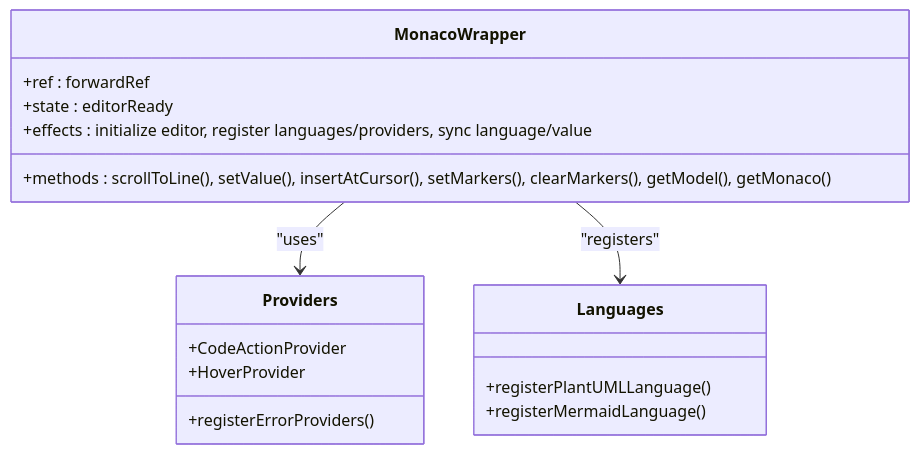
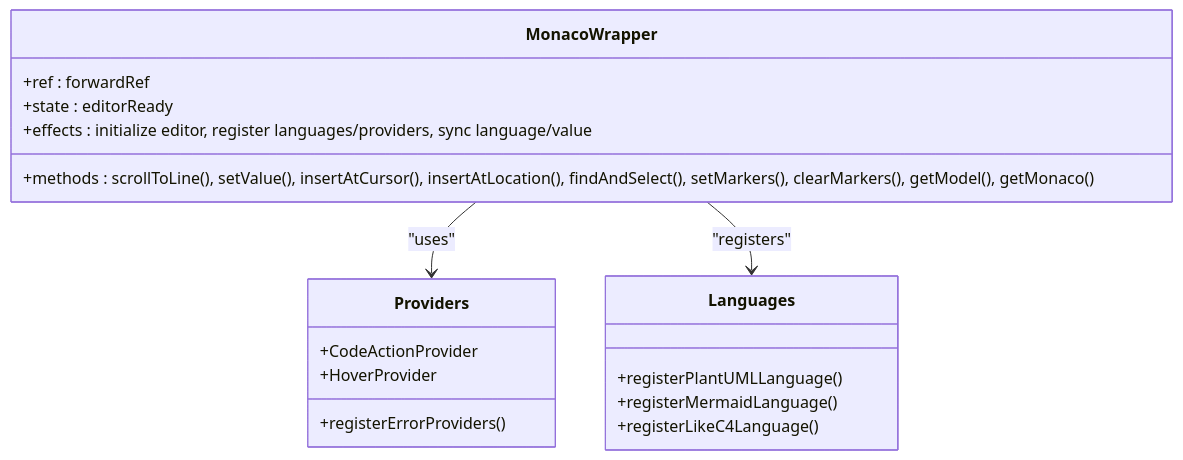
One commit to ongchonghian/universal-diagram-editor changed the fifth of 14 diagrams in .qoder/repowiki/en/content/Advanced Features/Technical Implementations.md. Above: the diagram before and after it, drawn with Mermaid. The commit also changed other lines of this file and 31 other files, not shown here.

````diff
--- a/.qoder/repowiki/en/content/Advanced Features/Technical Implementations.md
+++ b/.qoder/repowiki/en/content/Advanced Features/Technical Implementations.md
@@ -222,20 +225,21 @@
 ```mermaid
 classDiagram
 class MonacoWrapper {
 +ref : forwardRef
 +state : editorReady
-+methods : scrollToLine(), setValue(), insertAtCursor(), setMarkers(), clearMarkers(), getModel(), getMonaco()
++methods : scrollToLine(), setValue(), insertAtCursor(), insertAtLocation(), findAndSelect(), setMarkers(), clearMarkers(), getModel(), getMonaco()
 +effects : initialize editor, register languages/providers, sync language/value
 }
 class Providers {
 +registerErrorProviders()
 +CodeActionProvider
 +HoverProvider
 }
 class Languages {
 +registerPlantUMLLanguage()
 +registerMermaidLanguage()
++registerLikeC4Language()
 }
 MonacoWrapper --> Providers : "uses"
 MonacoWrapper --> Languages : "registers"
 ```
````
